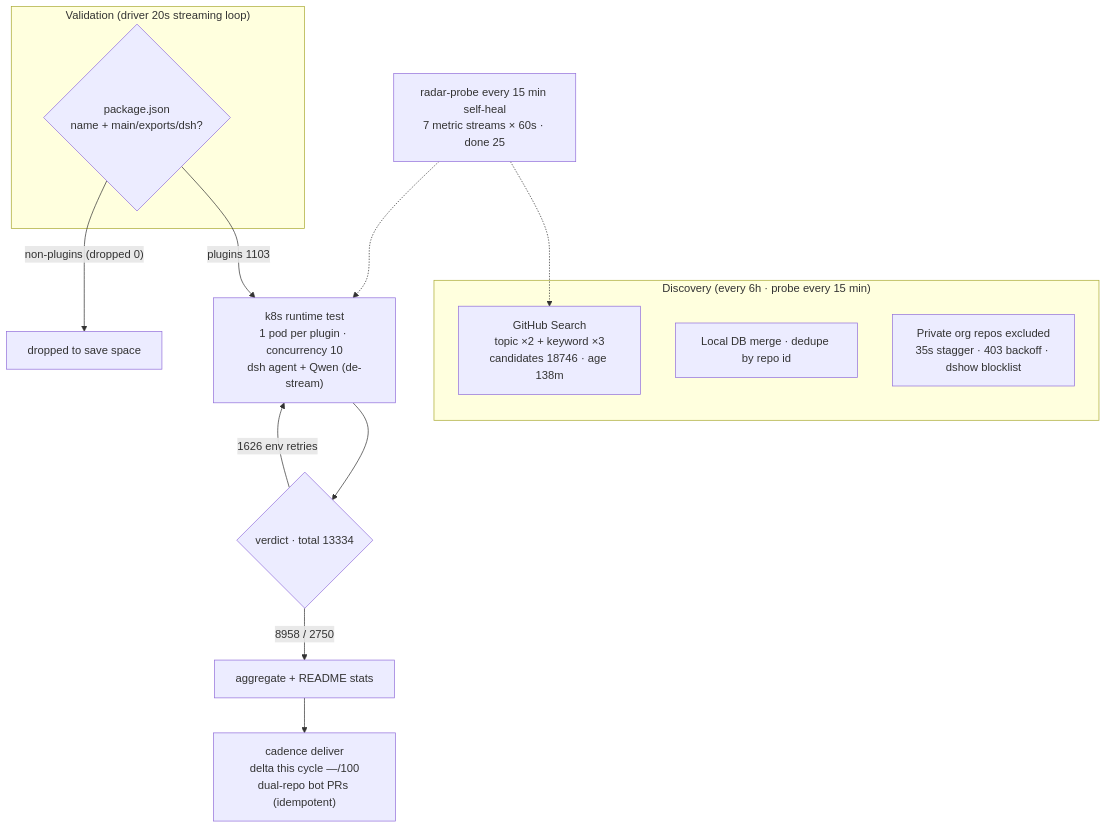
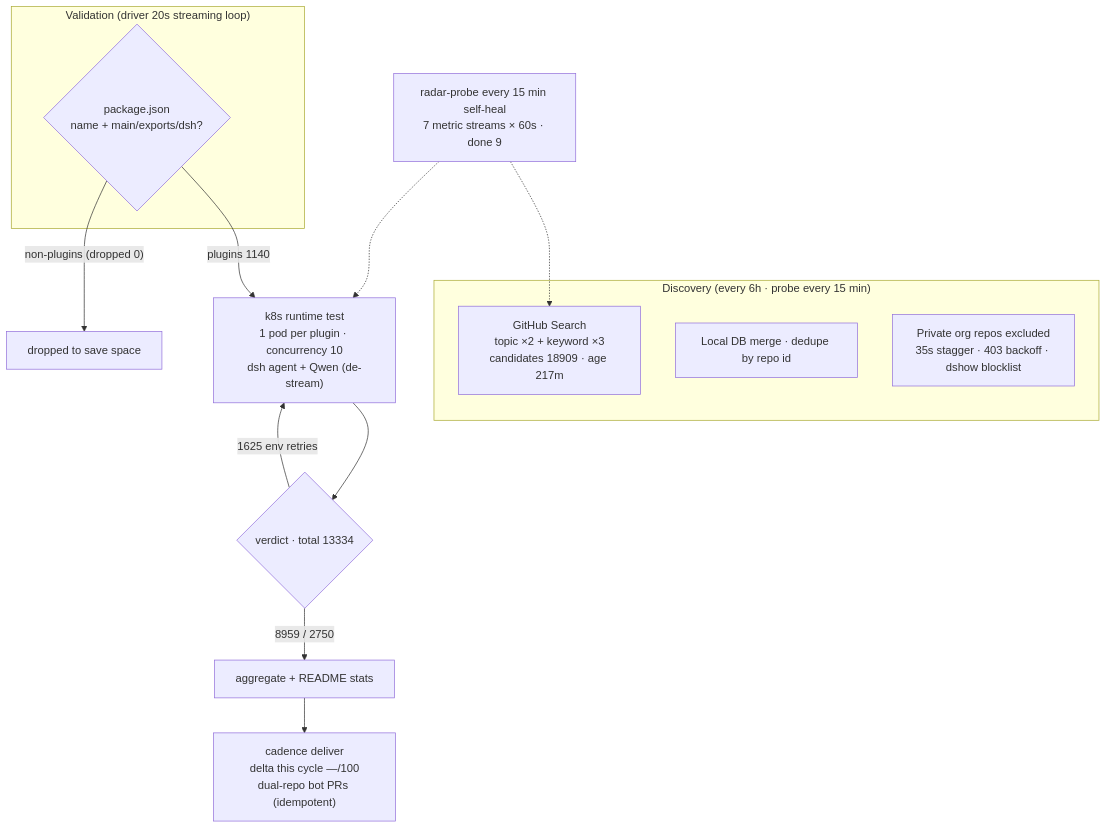
One commit to AdamPlatin123/dsh-plugin-radar changed the diagram in README.en-US.md. Above: the diagram before and after it, drawn with Mermaid. The commit also changed other lines of this file and 16 other files, not shown here.

````diff
--- a/README.en-US.md
+++ b/README.en-US.md
@@ -45,20 +45,20 @@
 ```mermaid
 flowchart TB
     subgraph Discovery["Discovery (every 6h · probe every 15 min)"]
-        A1["GitHub Search<br/>topic ×2 + keyword ×3<br/>candidates 18746 · age 138m"]
+        A1["GitHub Search<br/>topic ×2 + keyword ×3<br/>candidates 18909 · age 217m"]
         A2["Local DB merge · dedupe by repo id"]
         A3["Private org repos excluded<br/>35s stagger · 403 backoff · dshow blocklist"]
     end
     subgraph Validation["Validation (driver 20s streaming loop)"]
         B1{"package.json<br/>name + main/exports/dsh?"}
     end
-    B1 -->|"plugins 1103"| C1["k8s runtime test<br/>1 pod per plugin · concurrency 10<br/>dsh agent + Qwen (de-stream)"]
+    B1 -->|"plugins 1140"| C1["k8s runtime test<br/>1 pod per plugin · concurrency 10<br/>dsh agent + Qwen (de-stream)"]
     B1 -->|"non-plugins (dropped 0)"| B3["dropped to save space"]
     C1 --> D1{"verdict · total 13334"}
-    D1 -->|"8958 / 2750"| E1["aggregate + README stats"]
-    D1 -->|"1626 env retries"| C1
+    D1 -->|"8959 / 2750"| E1["aggregate + README stats"]
+    D1 -->|"1625 env retries"| C1
     E1 --> E2["cadence deliver<br/>delta this cycle —/100<br/>dual-repo bot PRs (idempotent)"]
-    M["radar-probe every 15 min self-heal<br/>7 metric streams × 60s · done 25"]
+    M["radar-probe every 15 min self-heal<br/>7 metric streams × 60s · done 9"]
     M -.-> A1
     M -.-> C1
 ```
````
